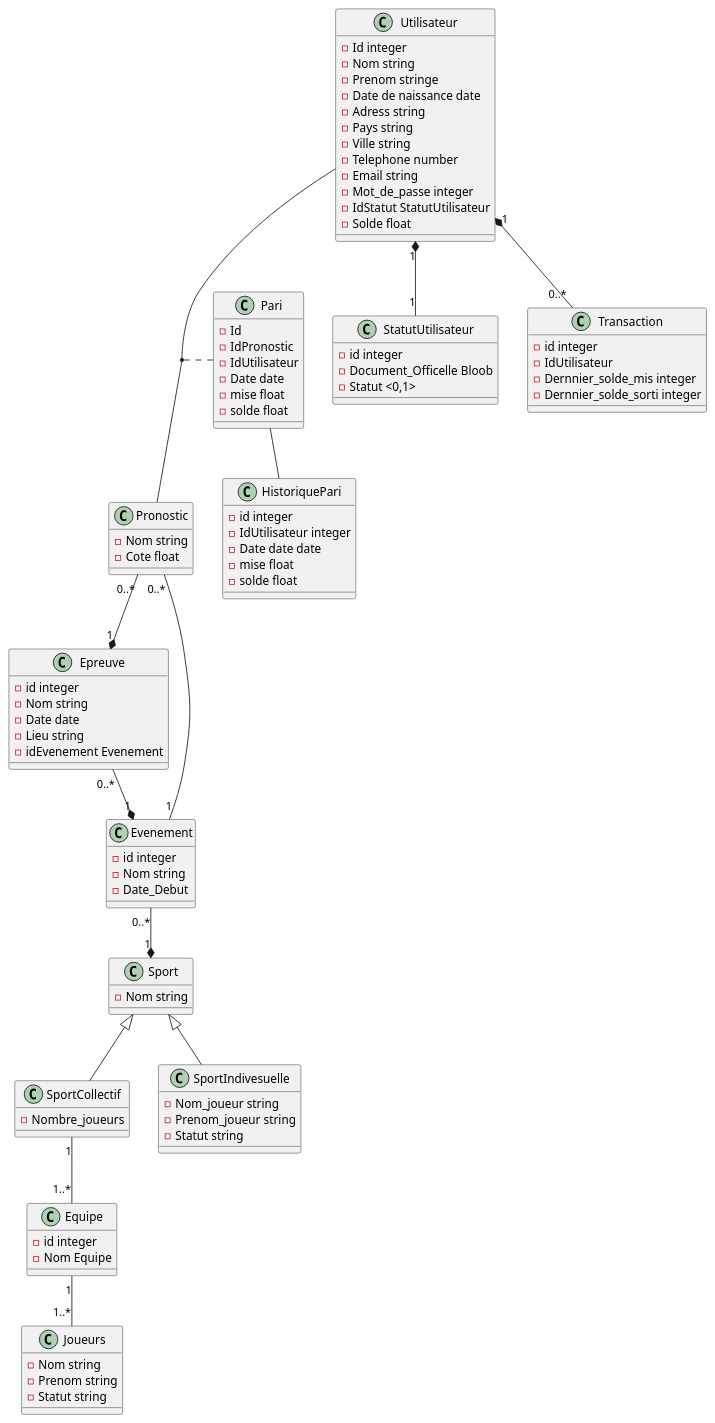
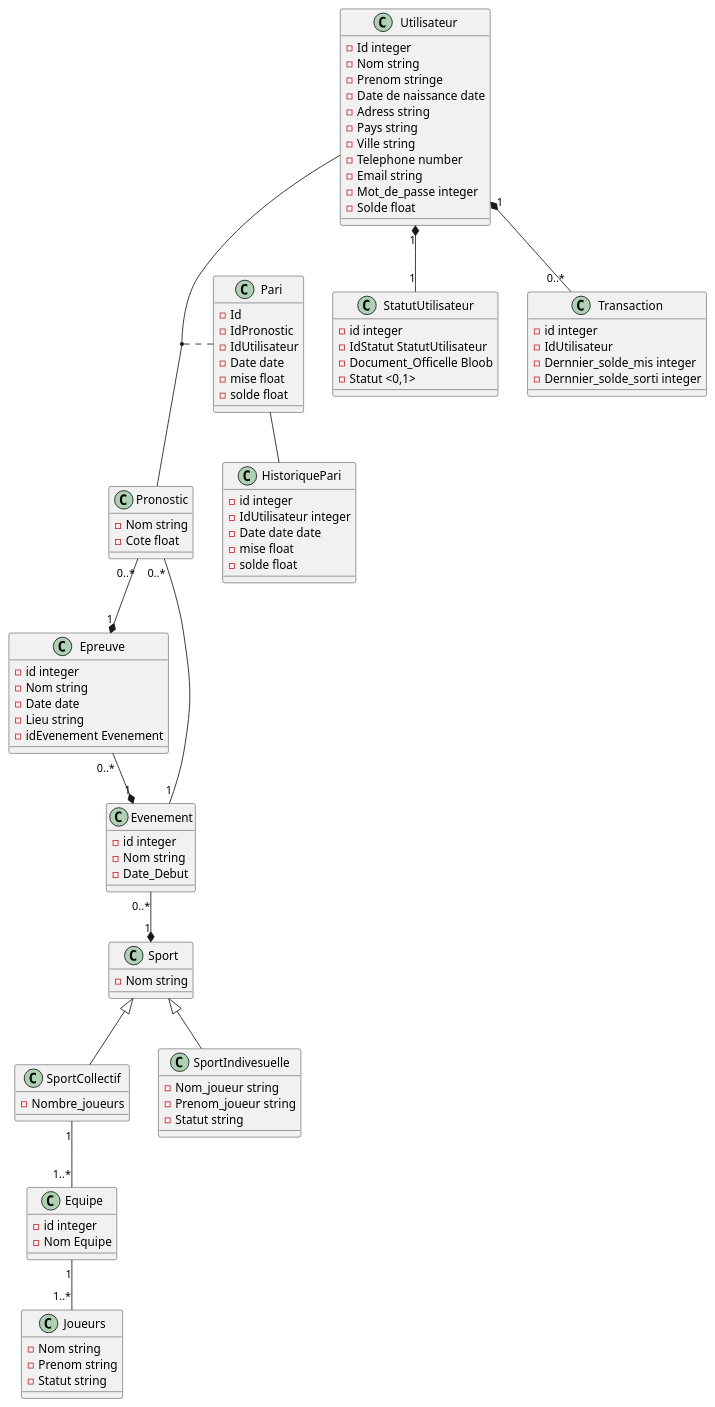
One commit to OFP-CDA-Mulhouse-2020/parisportif4 changed the diagram in pariSportif.puml. Above: the diagram before and after it, drawn with PlantUML. The commit also changed other lines of this file and 1 other file, not shown here.

```diff
--- a/pariSportif.puml
+++ b/pariSportif.puml
@@ -1,103 +1,103 @@
 @startuml
 
 class Utilisateur {
     - Id integer
     - Nom string
     - Prenom stringe
     - Date de naissance date
     - Adress string
     - Pays string
     - Ville string
     - Telephone number
     - Email string
     - Mot_de_passe integer
-    - IdStatut StatutUtilisateur
     - Solde float
 
 
 }
 class StatutUtilisateur {
     - id integer
+    - IdStatut StatutUtilisateur
     - Document_Officelle Bloob
     - Statut <0,1>
 }
 
 class Transaction {
     - id integer
     - IdUtilisateur
     - Dernnier_solde_mis integer
     - Dernnier_solde_sorti integer
 }
 
 class Pari {
     - Id
     - IdPronostic
     - IdUtilisateur
     - Date date
     - mise float
     - solde float
 }
 
 
 class Pronostic {
     - Nom string
     - Cote float
 }
 
 class Epreuve {
     - id integer
     - Nom string
     - Date date
     - Lieu string
     - idEvenement Evenement
 }
 
 class Evenement {
     - id integer
     - Nom string
     - Date_Debut
 }
 
 class Sport {
     - Nom string
 }
 class SportCollectif {
     - Nombre_joueurs
 }
 class Equipe {
     - id integer
     - Nom Equipe
 }
 class Joueurs {
     - Nom string
     - Prenom string
     - Statut string
 }
 
 class SportIndivesuelle {
     - Nom_joueur string
     - Prenom_joueur string
     - Statut string
 }
 class HistoriquePari {
     - id integer
     - IdUtilisateur integer
     - Date date date
     - mise float
     - solde float
 }
 
 
 (Utilisateur, Pronostic) . Pari
 Utilisateur "1" *-- "0..*" Transaction
 Utilisateur "1" *-- "1" StatutUtilisateur
 Pronostic "0..*" --* "1" Epreuve
 Epreuve "0..*" --* "1" Evenement
 Evenement "0..*" --* "1" Sport
 Pronostic "0..*" -- "1" Evenement
 Sport <|-- SportIndivesuelle
 Sport <|-- SportCollectif
 SportCollectif "1" -- "1..*" Equipe
 Equipe "1" -- "1..*" Joueurs
 Pari -- HistoriquePari
 @enduml
```
